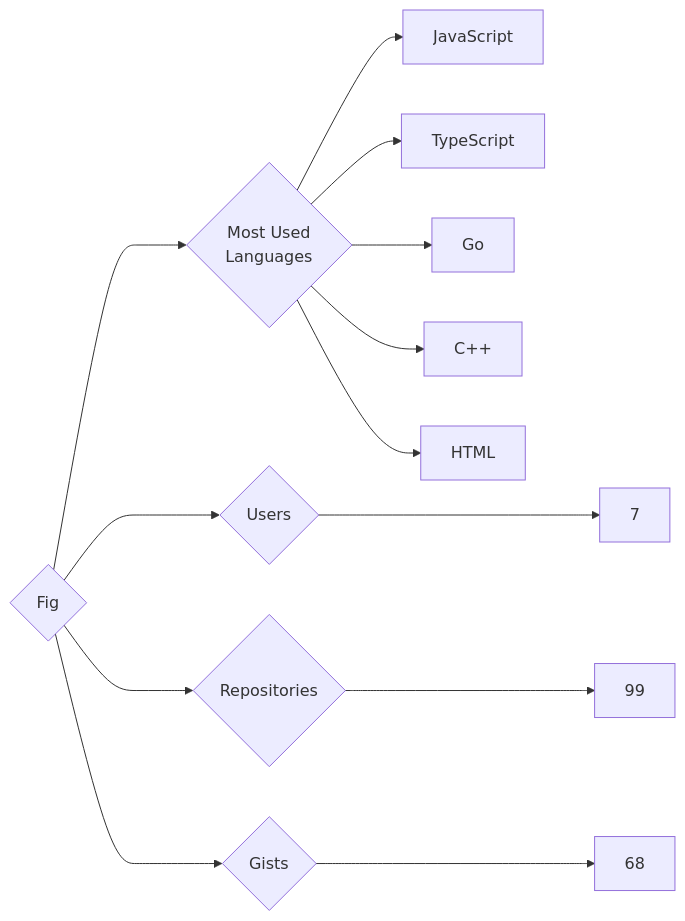
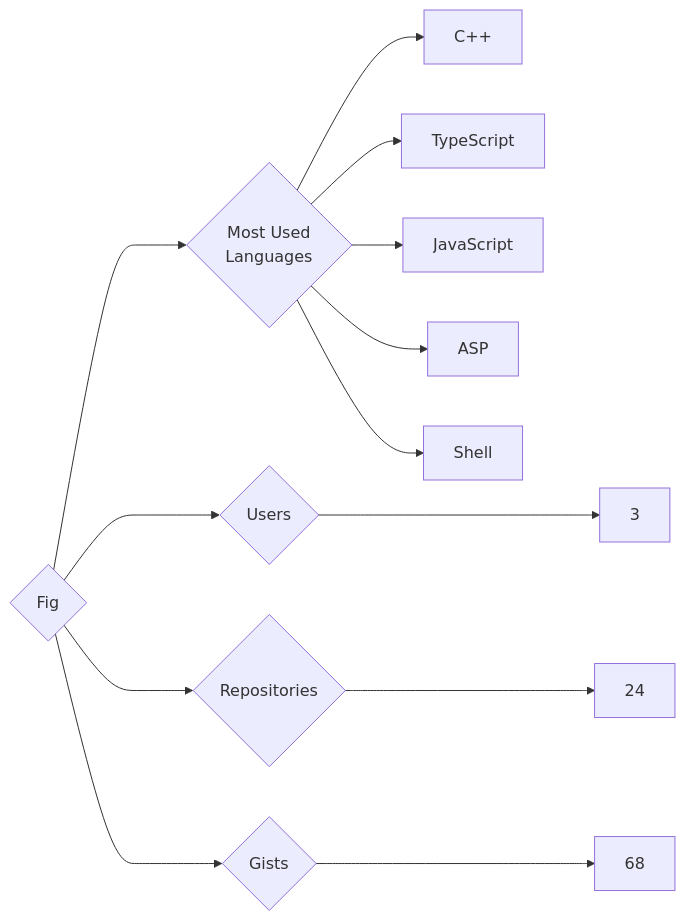
Before and after one commit to trickest/insiders: the diagram in targets/Fig/README.md, drawn with Mermaid. The commit also changed 622 other files, not shown here.

````diff
--- a/targets/Fig/README.md
+++ b/targets/Fig/README.md
@@ -3,13 +3,13 @@
 ```mermaid
 graph LR
 COMPANY_NAME{Fig}
-COMPANY_NAME ---> U{Users} ---> UN[7]
-COMPANY_NAME ---> R{Repositories} ---> RN[99]
+COMPANY_NAME ---> U{Users} ---> UN[3]
+COMPANY_NAME ---> R{Repositories} ---> RN[24]
 COMPANY_NAME ---> G{Gists} ---> GN[68]
 COMPANY_NAME ---> ML{Most Used<br>Languages}
+ML --> C++[C++]
+ML --> TypeScript[TypeScript]
 ML --> JavaScript[JavaScript]
-ML --> TypeScript[TypeScript]
-ML --> Go[Go]
-ML --> C++[C++]
-ML --> HTML[HTML]
+ML --> ASP[ASP]
+ML --> Shell[Shell]
 ```
````
